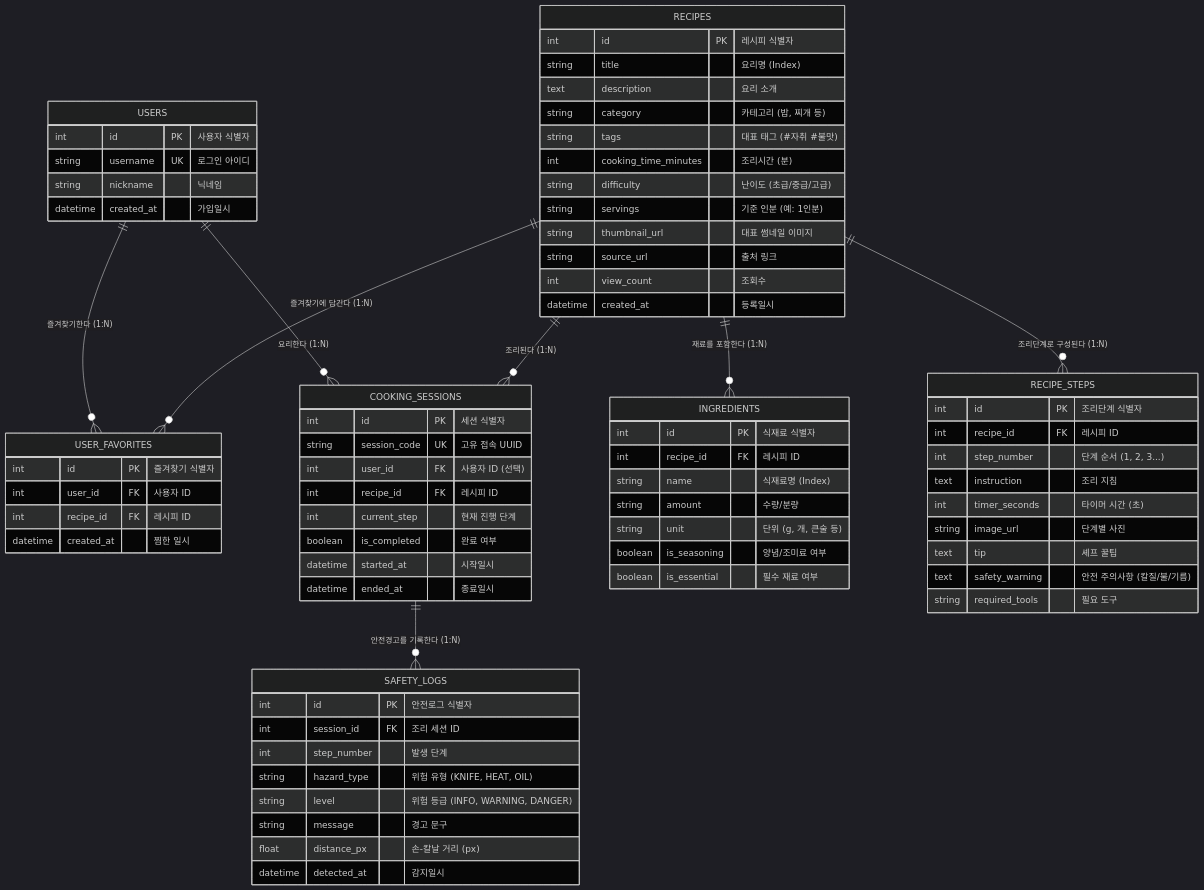
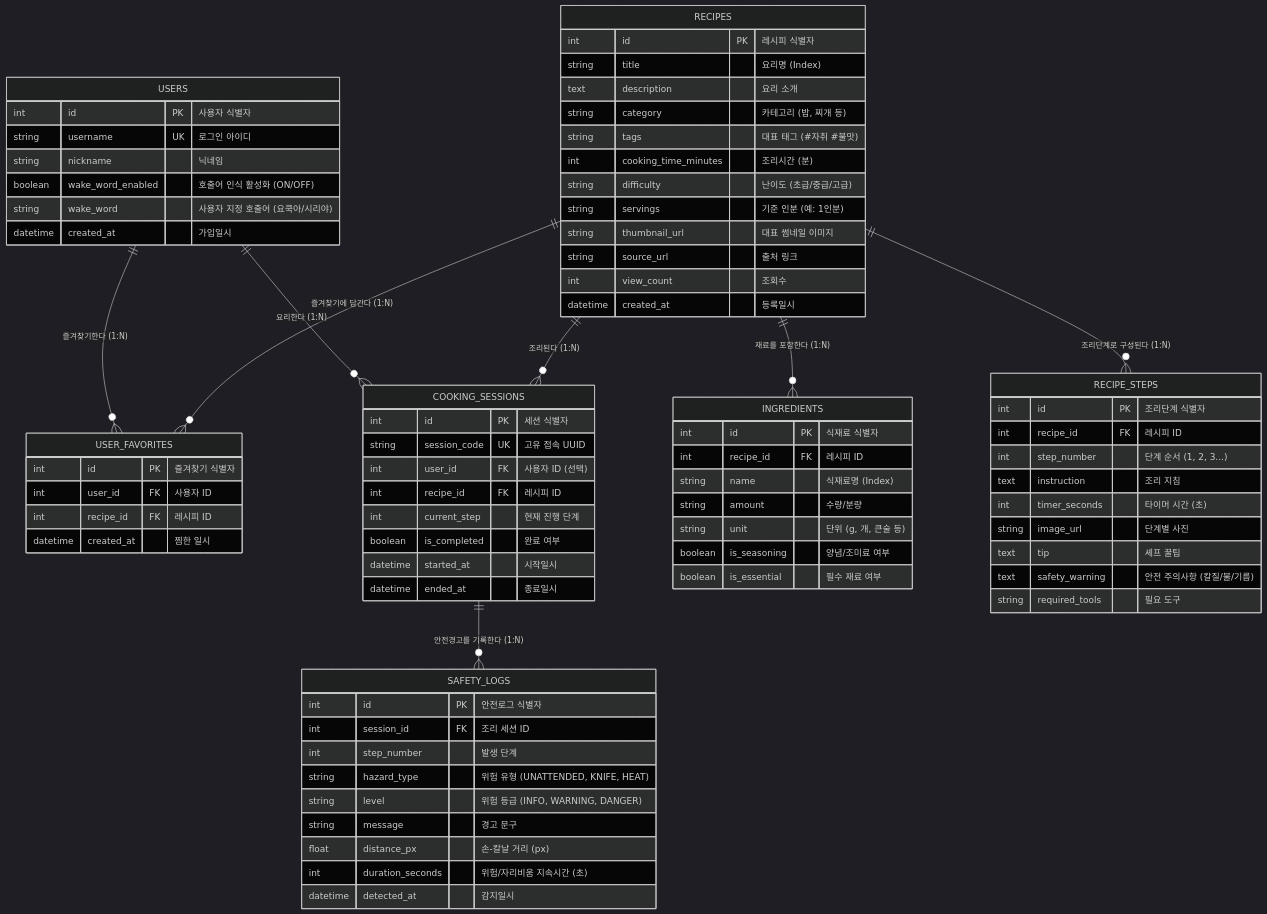
Before and after one commit to sldksldk12-hue/YO-Cook: the diagram in docs/DATABASE_ERD.md, drawn with Mermaid (dark theme). The commit also changed other lines of this file and 14 other files, not shown here.

````diff
--- a/docs/DATABASE_ERD.md
+++ b/docs/DATABASE_ERD.md
@@ -22,6 +22,8 @@
         int id PK "사용자 식별자"
         string username UK "로그인 아이디"
         string nickname "닉네임"
+        boolean wake_word_enabled "호출어 인식 활성화 (ON/OFF)"
+        string wake_word "사용자 지정 호출어 (요쿡아/시리야)"
         datetime created_at "가입일시"
     }
 
@@ -84,10 +86,11 @@
         int id PK "안전로그 식별자"
         int session_id FK "조리 세션 ID"
         int step_number "발생 단계"
-        string hazard_type "위험 유형 (KNIFE, HEAT, OIL)"
+        string hazard_type "위험 유형 (UNATTENDED, KNIFE, HEAT)"
         string level "위험 등급 (INFO, WARNING, DANGER)"
         string message "경고 문구"
         float distance_px "손-칼날 거리 (px)"
+        int duration_seconds "위험/자리비움 지속시간 (초)"
         datetime detected_at "감지일시"
     }
 ```
````
